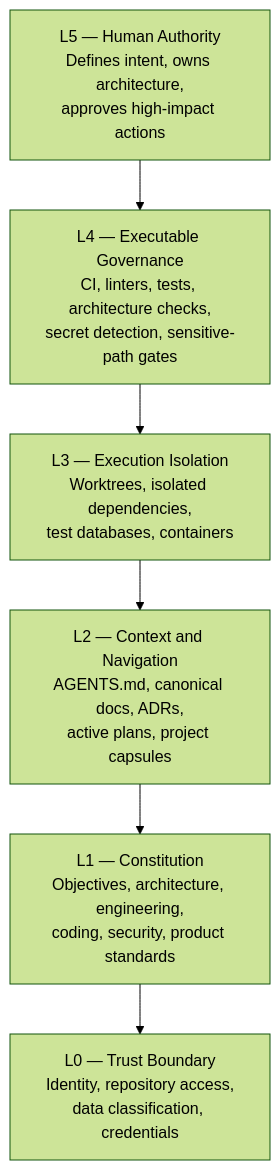
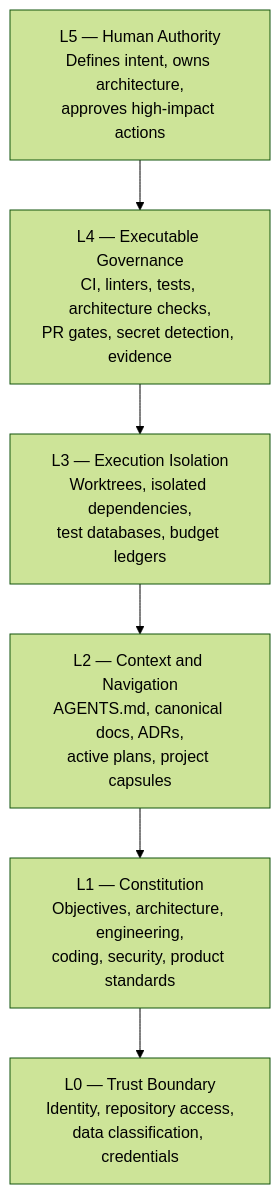
One commit to drferdii/Monorepo-safrs changed the first of 5 diagrams in sentrawiki/overview/architecture.md. Above: the diagram before and after it, drawn with Mermaid (forest theme). The commit also changed other lines of this file and 34 other files, not shown here.

````diff
--- a/sentrawiki/overview/architecture.md
+++ b/sentrawiki/overview/architecture.md
@@ -7,11 +7,11 @@
 ```mermaid
 graph TD
     L5["L5 — Human Authority<br/>Defines intent, owns architecture,<br/>approves high-impact actions"]
-    L4["L4 — Executable Governance<br/>CI, linters, tests, architecture checks,<br/>secret detection, sensitive-path gates"]
-    L3["L3 — Execution Isolation<br/>Worktrees, isolated dependencies,<br/>test databases, containers"]
+    L4["L4 — Executable Governance<br/>CI, linters, tests, architecture checks,<br/>PR gates, secret detection, evidence"]
+    L3["L3 — Execution Isolation<br/>Worktrees, isolated dependencies,<br/>test databases, budget ledgers"]
     L2["L2 — Context and Navigation<br/>AGENTS.md, canonical docs, ADRs,<br/>active plans, project capsules"]
     L1["L1 — Constitution<br/>Objectives, architecture, engineering,<br/>coding, security, product standards"]
     L0["L0 — Trust Boundary<br/>Identity, repository access,<br/>data classification, credentials"]
 
     L5 --> L4 --> L3 --> L2 --> L1 --> L0
 ```
````
